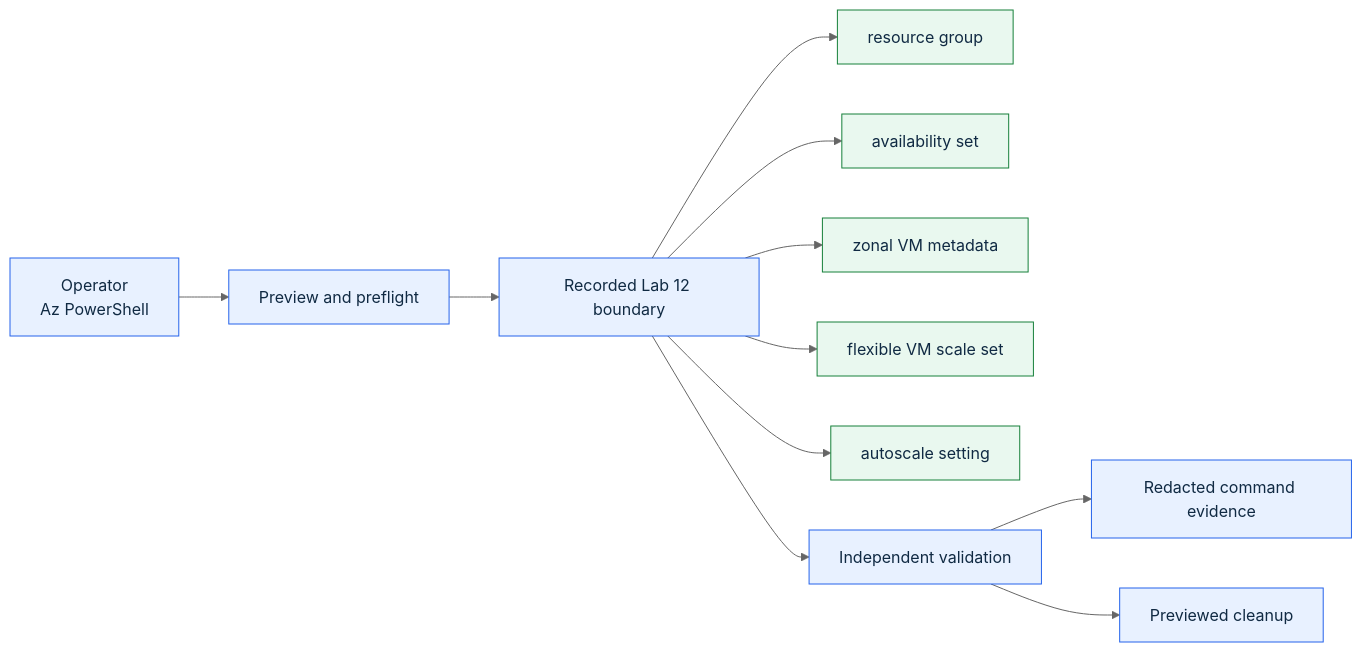
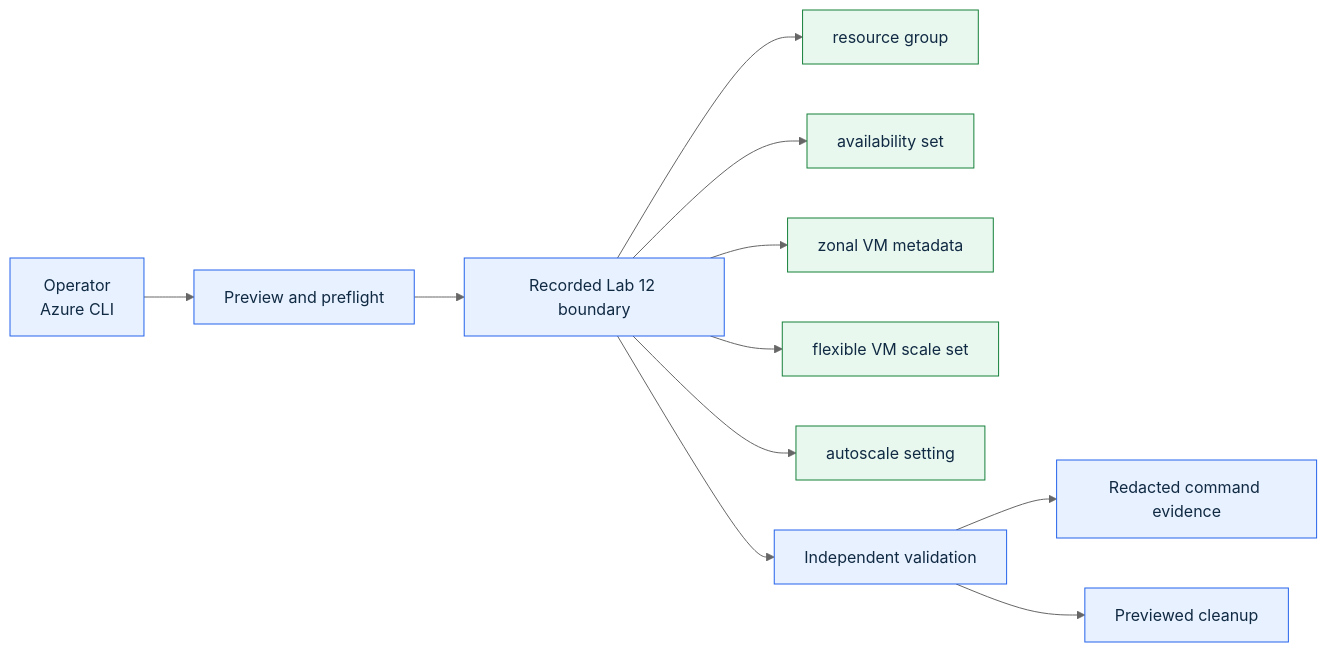
The diagram in labs/12-vm-resilience-scale-mobility/diagrams/architecture.mmd (amineMehdi/az104-azure-administrator-labs), drawn with Mermaid (neutral theme) before and after one commit. The commit also changed 387 other files, not shown here.

Commit message:
feat: standardize labs on Azure CLI PowerShell lanes

```diff
--- a/labs/12-vm-resilience-scale-mobility/diagrams/architecture.mmd
+++ b/labs/12-vm-resilience-scale-mobility/diagrams/architecture.mmd
@@ -1,15 +1,15 @@
 flowchart LR
-    A["Operator<br/>Az PowerShell"] --> P["Preview and preflight"]
+    A["Operator<br/>Azure CLI"] --> P["Preview and preflight"]
     P --> S["Recorded Lab 12 boundary"]
     S --> R1["resource group"]
     S --> R2["availability set"]
     S --> R3["zonal VM metadata"]
     S --> R4["flexible VM scale set"]
     S --> R5["autoscale setting"]
     S --> V["Independent validation"]
     V --> E["Redacted command evidence"]
     V --> C["Previewed cleanup"]
     classDef control fill:#e8f1ff,stroke:#2563eb,color:#102a43;
     classDef resource fill:#e9f8ef,stroke:#16803a,color:#102a43;
     class A,P,S,V,E,C control;
     class R1,R2,R3,R4,R5 resource;
```
